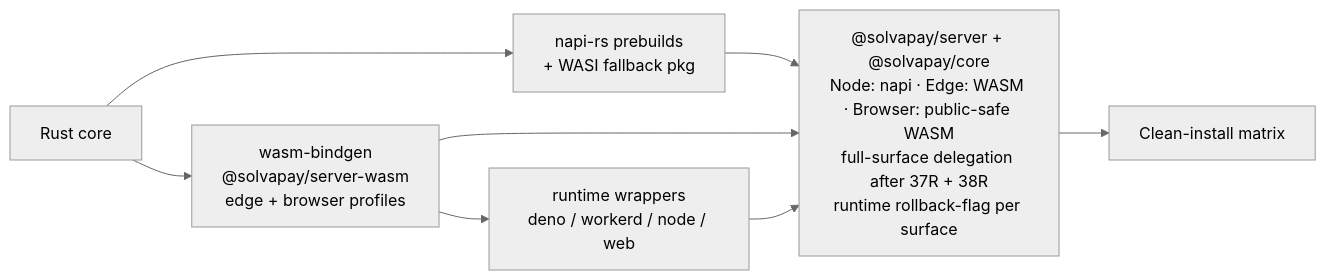
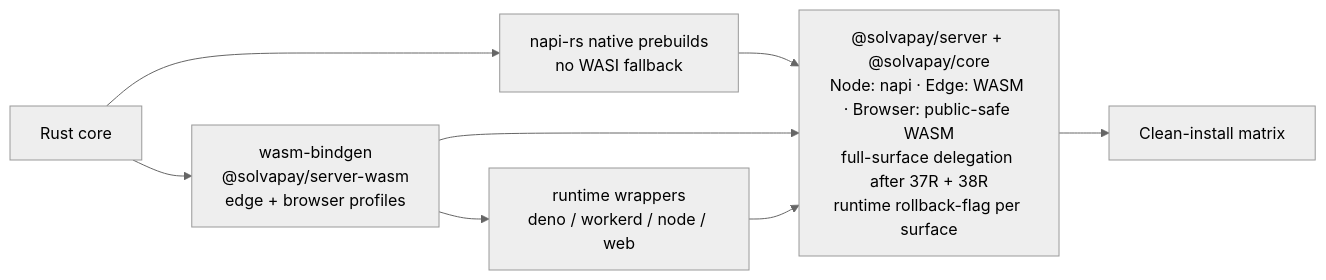
The tenth of 19 diagrams in docs/contributing/rust-core-sdk-redesign-v2.md (solvapay/solvapay-sdk), drawn with Mermaid (neutral theme) before and after one commit. The commit also changed other lines of this file and 246 other files, not shown here.

First line of the commit message:
feat(sdk): close the rust-core contract surface so the full gate is green

````diff
--- a/docs/contributing/rust-core-sdk-redesign-v2.md
+++ b/docs/contributing/rust-core-sdk-redesign-v2.md
@@ -1263,10 +1271,10 @@
 ```mermaid
 flowchart LR
-  CORE6["Rust core"] --> NAPI6["napi-rs prebuilds<br/>+ WASI fallback pkg"]
+  CORE6["Rust core"] --> NAPI6["napi-rs native prebuilds<br/>no WASI fallback"]
   CORE6 --> WASM6["wasm-bindgen<br/>@solvapay/server-wasm<br/>edge + browser profiles"]
   NAPI6 --> EXP["@solvapay/server + @solvapay/core<br/>Node: napi · Edge: WASM · Browser: public-safe WASM<br/>full-surface delegation after 37R + 38R<br/>runtime rollback-flag per surface"]
   WASM6 --> EXP
   WASM6 --> WRAP["runtime wrappers<br/>deno / workerd / node / web"]
   WRAP --> EXP
   EXP --> SMOKE["Clean-install matrix"]
 ```
````
